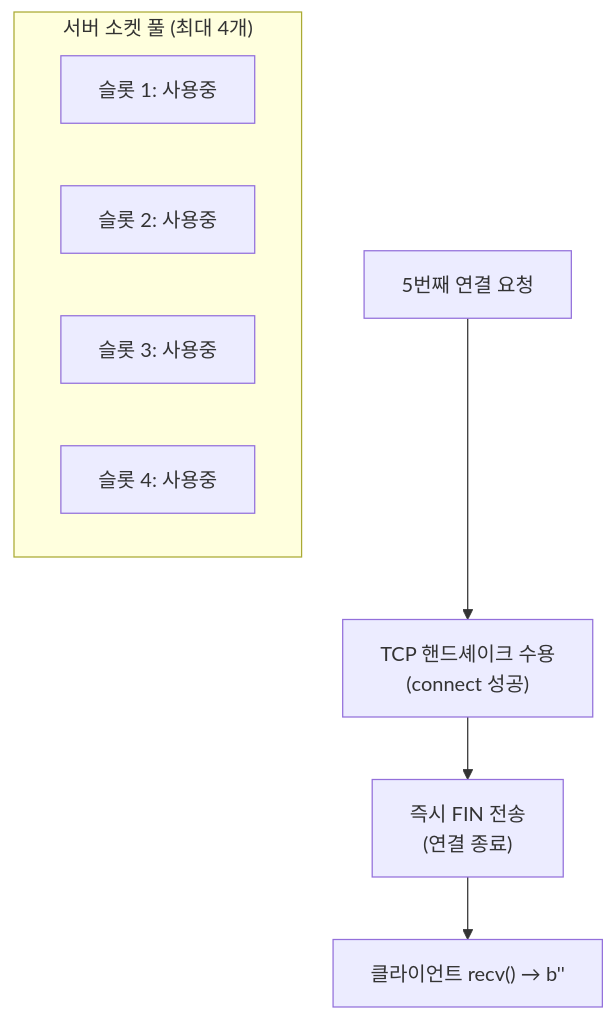
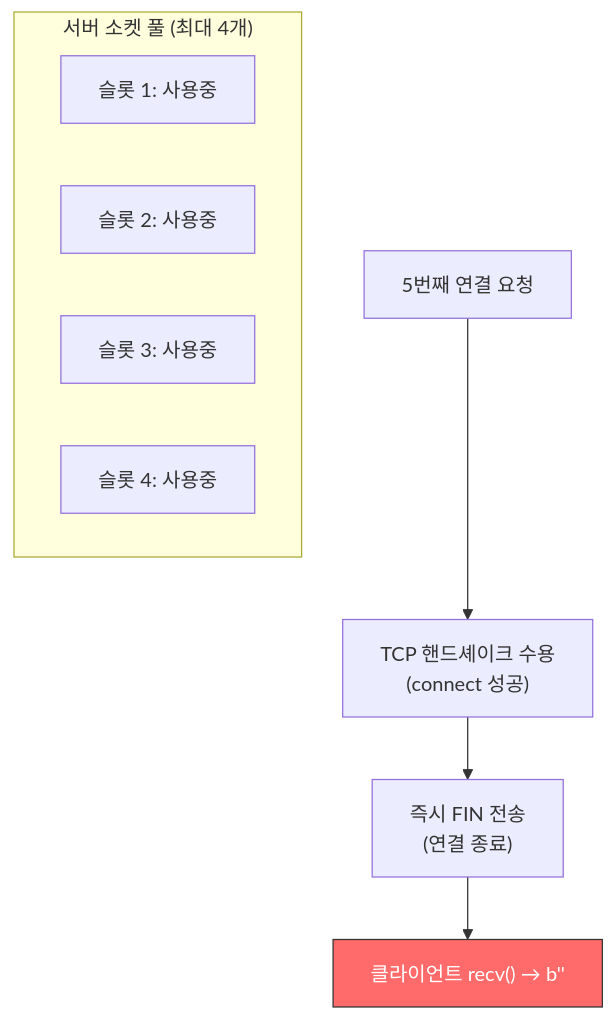
One commit to Gyubster/til changed the second of 6 diagrams in _posts/2025-10-22-python-소켓-recv-디버깅-빈-바이트-헤더의-원인-분석.md. Above: the diagram before and after it, drawn with Mermaid. The commit also changed other lines of this file and 11 other files, not shown here.

````diff
--- a/_posts/2025-10-22-python-소켓-recv-디버깅-빈-바이트-헤더의-원인-분석.md
+++ b/_posts/2025-10-22-python-소켓-recv-디버깅-빈-바이트-헤더의-원인-분석.md
@@ -81,12 +82,13 @@
 ```mermaid
 flowchart TD
     subgraph pool["서버 소켓 풀 (최대 4개)"]
         S1["슬롯 1: 사용중"]
         S2["슬롯 2: 사용중"]
         S3["슬롯 3: 사용중"]
         S4["슬롯 4: 사용중"]
     end
     A["5번째 연결 요청"] --> B["TCP 핸드셰이크 수용<br>(connect 성공)"]
     B --> C["즉시 FIN 전송<br>(연결 종료)"]
     C --> D["클라이언트 recv() → b''"]
+    style D fill:#ff6b6b,stroke:#333,color:#fff
 ```
````
